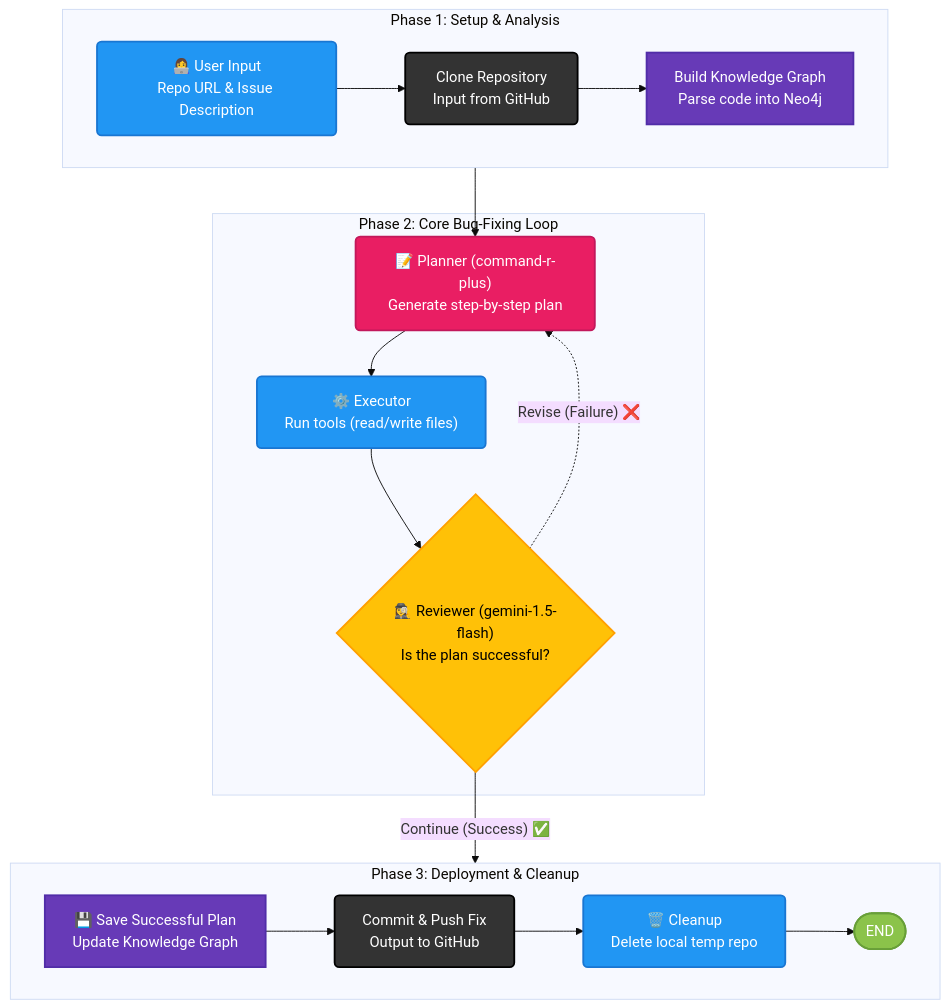
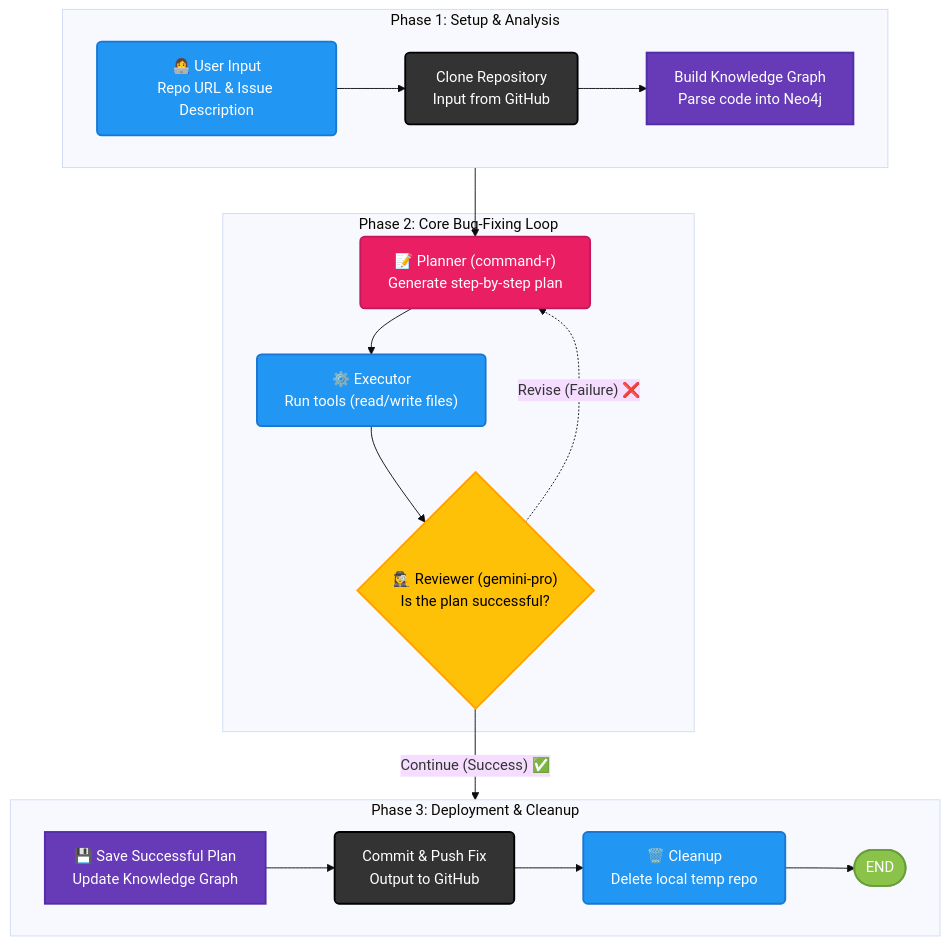
The diagram in README.md (Debajyoti2004/Bug-Fixer-Agent-for-github), drawn with Mermaid (base theme) before and after one commit. The commit also changed other lines of this file, not shown here.

````diff
--- a/README.md
+++ b/README.md
@@ -20,48 +20,48 @@
 ```mermaid
 graph TD
     %% --- Style & Configuration Definitions (Global Scope) ---
     classDef startEnd fill:#8BC34A,color:#fff,stroke:#689F38,stroke-width:2px,rx:20,ry:20;
     classDef processNode fill:#2196F3,color:#fff,stroke:#1976D2,stroke-width:2px,rx:5,ry:5;
     classDef decisionNode fill:#FFC107,color:#000,stroke:#FFA000,stroke-width:2px,shape:diamond;
     classDef externalNode fill:#333,color:#fff,stroke:#000,stroke-width:2px,rx:5,ry:5;
     classDef dbNode fill:#673AB7,color:#fff,stroke:#512DA8,stroke-width:2px,shape:cylinder;
     classDef aiNode fill:#E91E63,color:#fff,stroke:#C2185B,stroke-width:2px,rx:5,ry:5;
 
     %% --- Main Workflow Structure ---
 
     subgraph "Phase 1: Setup & Analysis"
         direction LR
         UserInput["👩‍💻 User Input<br>Repo URL & Issue Description"]:::processNode
         CloneRepo["Clone Repository<br>Input from GitHub"]:::externalNode
         BuildKG["Build Knowledge Graph<br>Parse code into Neo4j"]:::dbNode
         
         UserInput --> CloneRepo --> BuildKG
     end
 
     subgraph "Phase 2: Core Bug-Fixing Loop"
-        Planner["📝 Planner (command-r-plus)<br>Generate step-by-step plan"]:::aiNode
+        Planner["📝 Planner (command-r)<br>Generate step-by-step plan"]:::aiNode
         Executor["⚙️ Executor<br>Run tools (read/write files)"]:::processNode
-        Reviewer{"🕵️‍♀️ Reviewer (gemini-1.5-flash)<br>Is the plan successful?"}:::decisionNode
+        Reviewer{"🕵️‍♀️ Reviewer (gemini-pro)<br>Is the plan successful?"}:::decisionNode
         
         Planner --> Executor
         Executor --> Reviewer
         Reviewer -. "Revise (Failure) ❌" .-> Planner
     end
 
     subgraph "Phase 3: Deployment & Cleanup"
         direction LR
         SavePlan["💾 Save Successful Plan<br>Update Knowledge Graph"]:::dbNode
         PushToGitHub["Commit & Push Fix<br>Output to GitHub"]:::externalNode
         Cleanup["🗑️ Cleanup<br>Delete local temp repo"]:::processNode
         End([END]):::startEnd
         
         SavePlan --> PushToGitHub --> Cleanup --> End
     end
 
     %% --- Connecting the Phases ---
     BuildKG --> Planner
     Reviewer -- "Continue (Success) ✅" --> SavePlan
 
     %% --- Clickable Link for the GitHub Output Node ---
     click PushToGitHub "https://github.com" "View on GitHub" _blank
 ```
````
